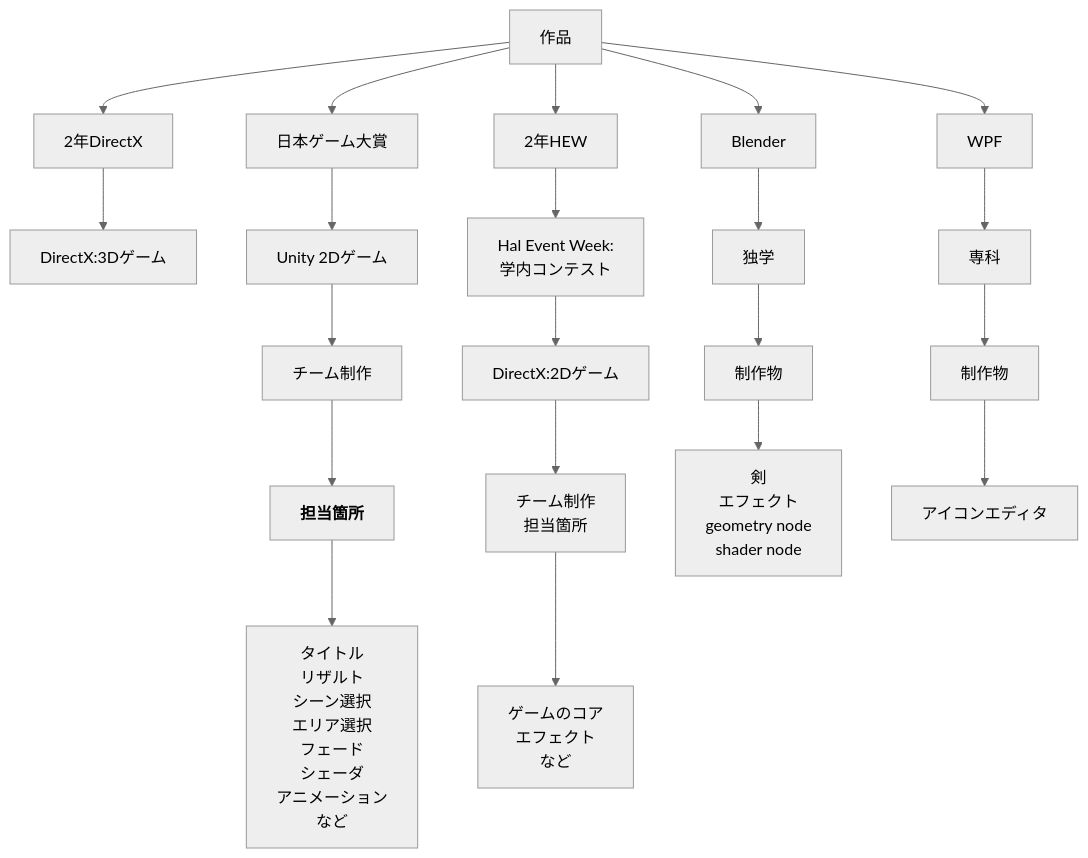
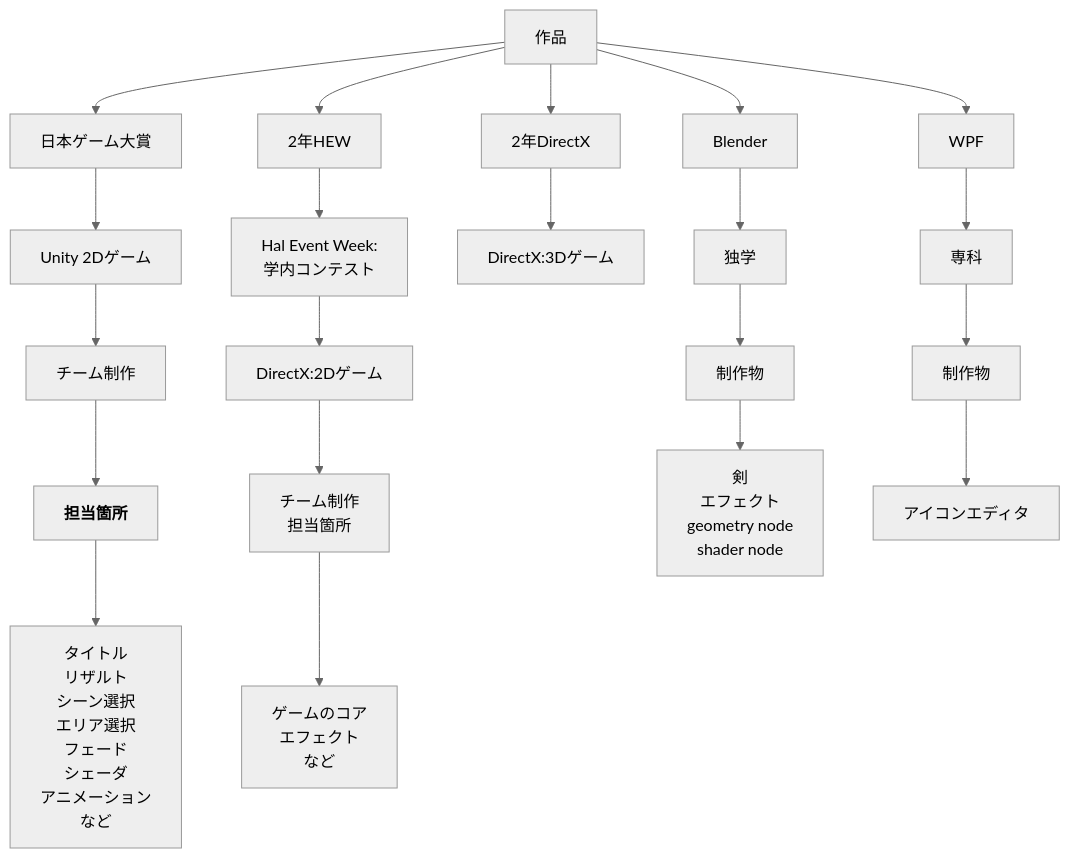
One commit to yuta6686/ForEntrySheets_yuta6686 changed the diagram in README.md. Above: the diagram before and after it, drawn with Mermaid (neutral theme).

````diff
--- a/README.md
+++ b/README.md
@@ -3,27 +3,29 @@
 ```mermaid
 graph TB
 	all[作品]
 	dx2[2年DirectX]
 	hew2[2年HEW]
 	ngt[日本ゲーム大賞]
 	bld[Blender]
 	wpf[WPF]
 
 	all --> ngt
 	all --> hew2
 	all --> dx2	
 	all --> bld
 	all --> wpf
 
-	dx2 --> dx2_sum1[DirectX:3Dゲーム]
+	
+	
+	ngt --> ngt_sum1[Unity 2Dゲーム] --> 
+	ntg_sum1[チーム制作<br>]-->ntg_sum2.5[<b>担当箇所</b>]-->
+	ngt_sum2[タイトル<br>リザルト<br>シーン選択<br>エリア選択<br>フェード<br>シェーダ<br>アニメーション<br>など]
 	hew2 --> hew2_sum1[Hal Event Week:</br>学内コンテスト]-->hew2_sum2[DirectX:2Dゲーム]
 	--> hew2_sum3[チーム制作<br>担当箇所]
 	--> hew2_sum4[ゲームのコア<br>エフェクト<br>など]
-	ngt --> ngt_sum1[Unity 2Dゲーム] --> 
-	ntg_sum1[チーム制作<br>]-->ntg_sum2.5[<b>担当箇所</b>]-->
-	ngt_sum2[タイトル<br>リザルト<br>シーン選択<br>エリア選択<br>フェード<br>シェーダ<br>アニメーション<br>など]
+	dx2 --> dx2_sum1[DirectX:3Dゲーム]
 	bld-->bld_sum1[独学]-->bld_sum2[制作物]-->
 	bld_sum3[剣 </br>エフェクト </br>geometry node </br>shader node]
 	wpf-->wpf_sum1[専科]-->wpf_sum2[制作物]-->wpf_sum3[アイコンエディタ]
 	
 ```
````
